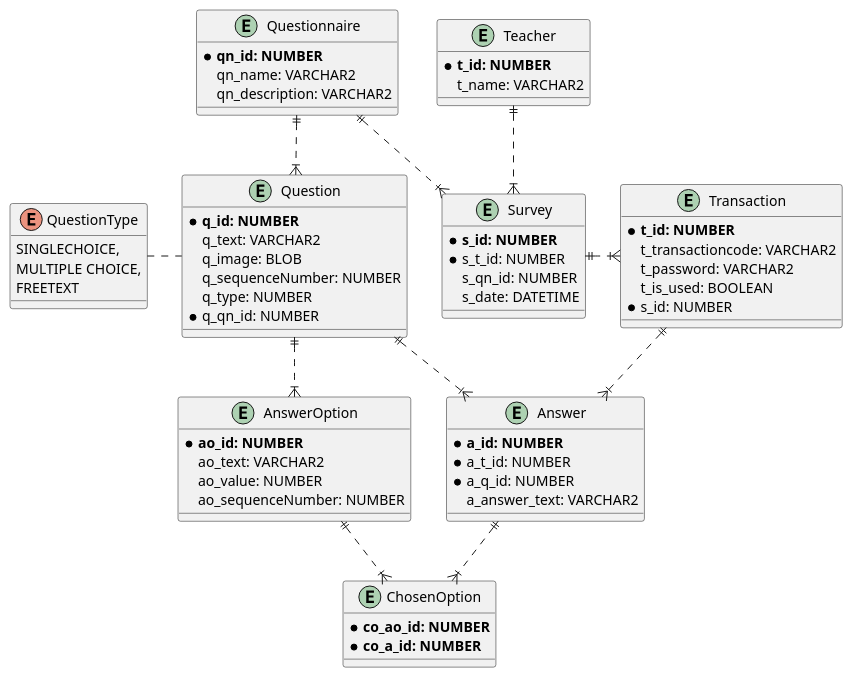
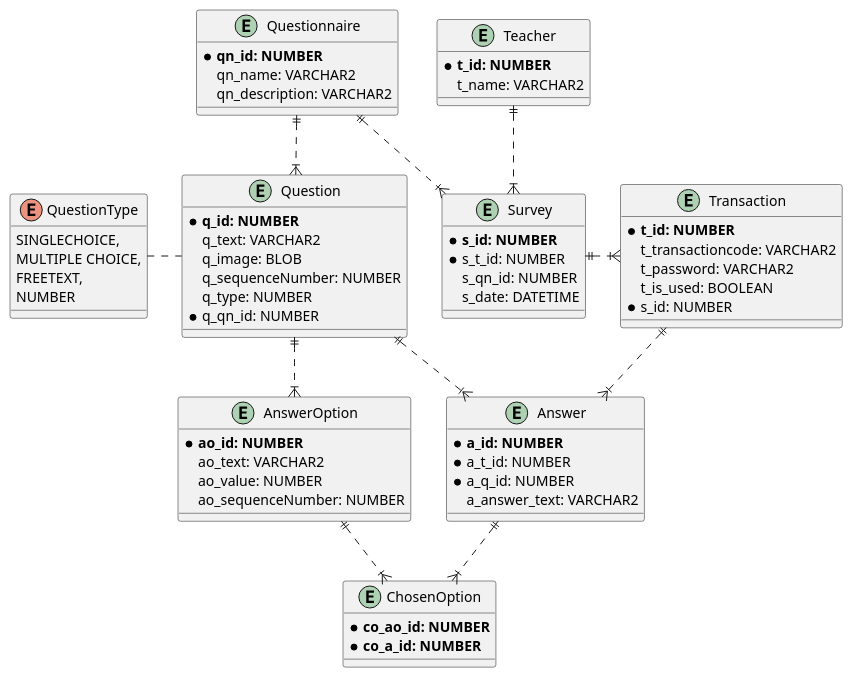
Before and after one commit to htl-leonding-project/questionz: the diagram in asciidocs/Datenmodell.puml, drawn with PlantUML. The commit also changed 1 other file, not shown here.

Commit message:
#3 fixed mistake in ERD

```diff
--- a/asciidocs/Datenmodell.puml
+++ b/asciidocs/Datenmodell.puml
@@ -1,74 +1,75 @@
 @startuml
 
 entity Answer{
     * **a_id: NUMBER**
     * a_t_id: NUMBER
     * a_q_id: NUMBER
     a_answer_text: VARCHAR2
 }
 
 entity AnswerOption{
     * **ao_id: NUMBER**
     ao_text: VARCHAR2
     ao_value: NUMBER
     ao_sequenceNumber: NUMBER
 }
 
 entity Question{
     * **q_id: NUMBER**
     q_text: VARCHAR2
     q_image: BLOB
     q_sequenceNumber: NUMBER
     q_type: NUMBER
     * q_qn_id: NUMBER
 }
 
 enum QuestionType{
 SINGLECHOICE,
 MULTIPLE CHOICE,
-FREETEXT
+FREETEXT,
+NUMBER
 }
 
 entity Questionnaire{
      * **qn_id: NUMBER**
      qn_name: VARCHAR2
      qn_description: VARCHAR2
 }
 
 entity Transaction{
      * **t_id: NUMBER**
      t_transactioncode: VARCHAR2
      t_password: VARCHAR2
      t_is_used: BOOLEAN
      * s_id: NUMBER
 }
 
 entity Survey{
      * **s_id: NUMBER**
      * s_t_id: NUMBER
      s_qn_id: NUMBER
      s_date: DATETIME
 }
 
 entity ChosenOption {
     *  **co_ao_id: NUMBER**
     * **co_a_id: NUMBER**
 }
 
 entity Teacher {
     * **t_id: NUMBER**
     t_name: VARCHAR2
 }
 
 Teacher ||.down.|{ Survey
 Questionnaire ||.down.|{  Survey
 Questionnaire ||.down.|{ Question
 Question ||.right.|{ Answer
 Question ||.down.|{ AnswerOption
 Survey  ||.right.|{  Transaction
 Transaction ||..|{ Answer
 Answer ||..|{ ChosenOption
 AnswerOption ||..|{ ChosenOption
 Question .left. QuestionType
 
 @enduml
```
